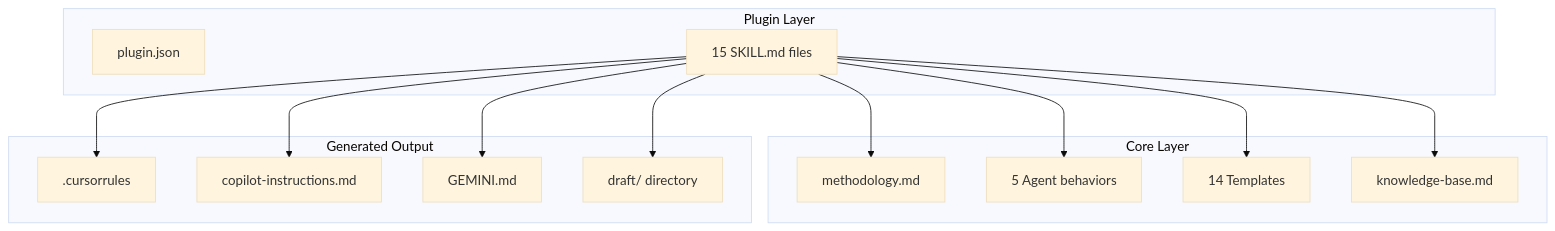
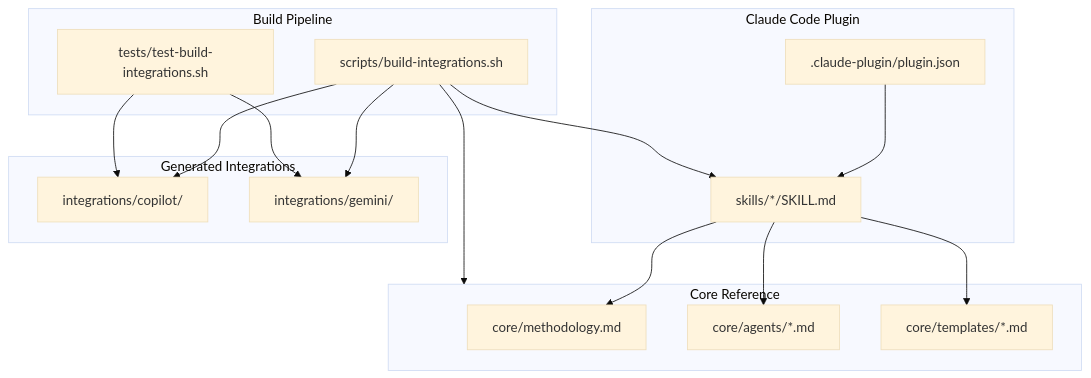
Before and after one commit to mayurpise/draft: the diagram in draft/tech-stack.md, drawn with Mermaid (base theme). The commit also changed other lines of this file and 6 other files, not shown here.

First line of the commit message:
feat(init): regenerate draft context with exhaustive architecture analysis

````diff
--- a/draft/tech-stack.md
+++ b/draft/tech-stack.md
@@ -93,27 +111,30 @@
 ```mermaid
 graph TD
-    subgraph Plugin["Plugin Layer"]
-        Manifest["plugin.json"]
-        Skills["15 SKILL.md files"]
+    subgraph PluginSystem["Claude Code Plugin"]
+        Manifest[".claude-plugin/plugin.json"]
+        Skills["skills/*/SKILL.md"]
     end
-    subgraph Core["Core Layer"]
-        Methodology["methodology.md"]
-        Agents["5 Agent behaviors"]
-        Templates["14 Templates"]
-        Knowledge["knowledge-base.md"]
+    subgraph Core["Core Reference"]
+        Methodology["core/methodology.md"]
+        Agents["core/agents/*.md"]
+        Templates["core/templates/*.md"]
     end
-    subgraph Output["Generated Output"]
-        Cursor[".cursorrules"]
-        Copilot["copilot-instructions.md"]
-        Gemini["GEMINI.md"]
-        UserDraft["draft/ directory"]
+    subgraph Build["Build Pipeline"]
+        Script["scripts/build-integrations.sh"]
+        Tests["tests/test-build-integrations.sh"]
     end
+    subgraph Output["Generated Integrations"]
+        Copilot["integrations/copilot/"]
+        Gemini["integrations/gemini/"]
+    end
+    Manifest --> Skills
     Skills --> Methodology
     Skills --> Agents
     Skills --> Templates
-    Skills --> Knowledge
-    Skills --> UserDraft
-    Skills --> Cursor
-    Skills --> Copilot
-    Skills --> Gemini
+    Script --> Skills
+    Script --> Core
+    Script --> Copilot
+    Script --> Gemini
+    Tests --> Copilot
+    Tests --> Gemini
 ```
````
